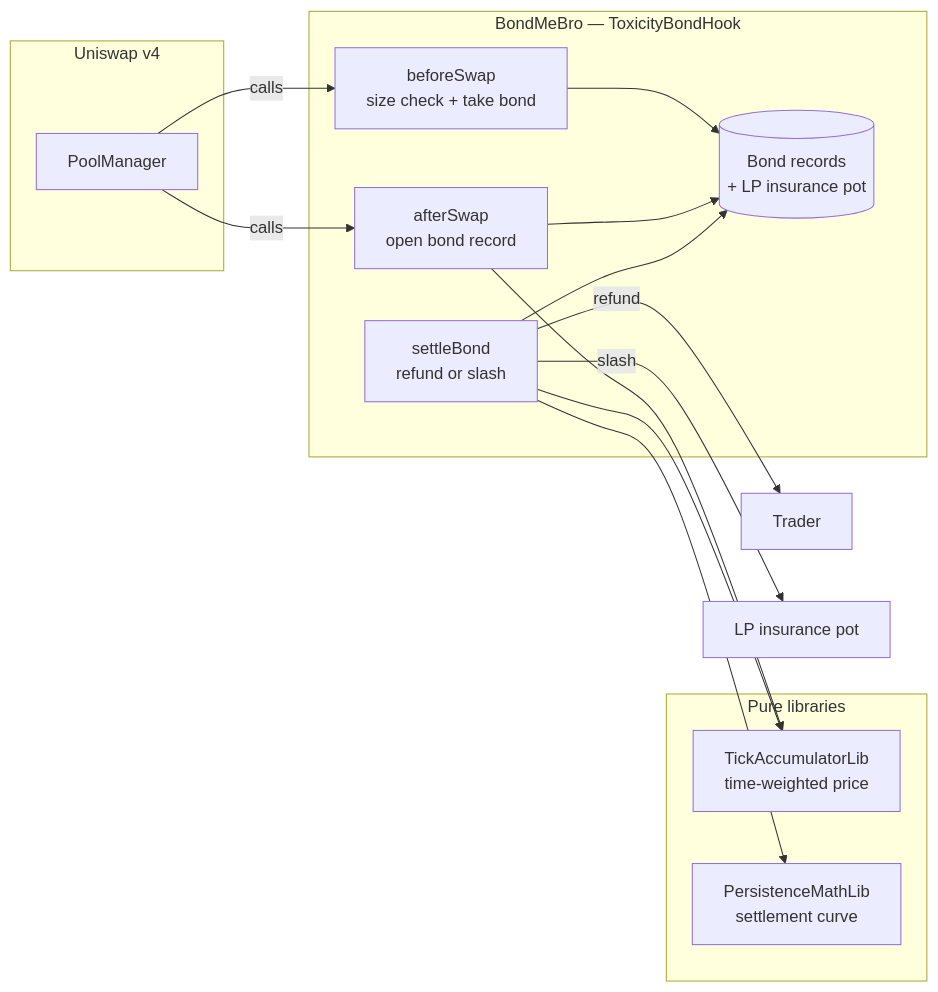
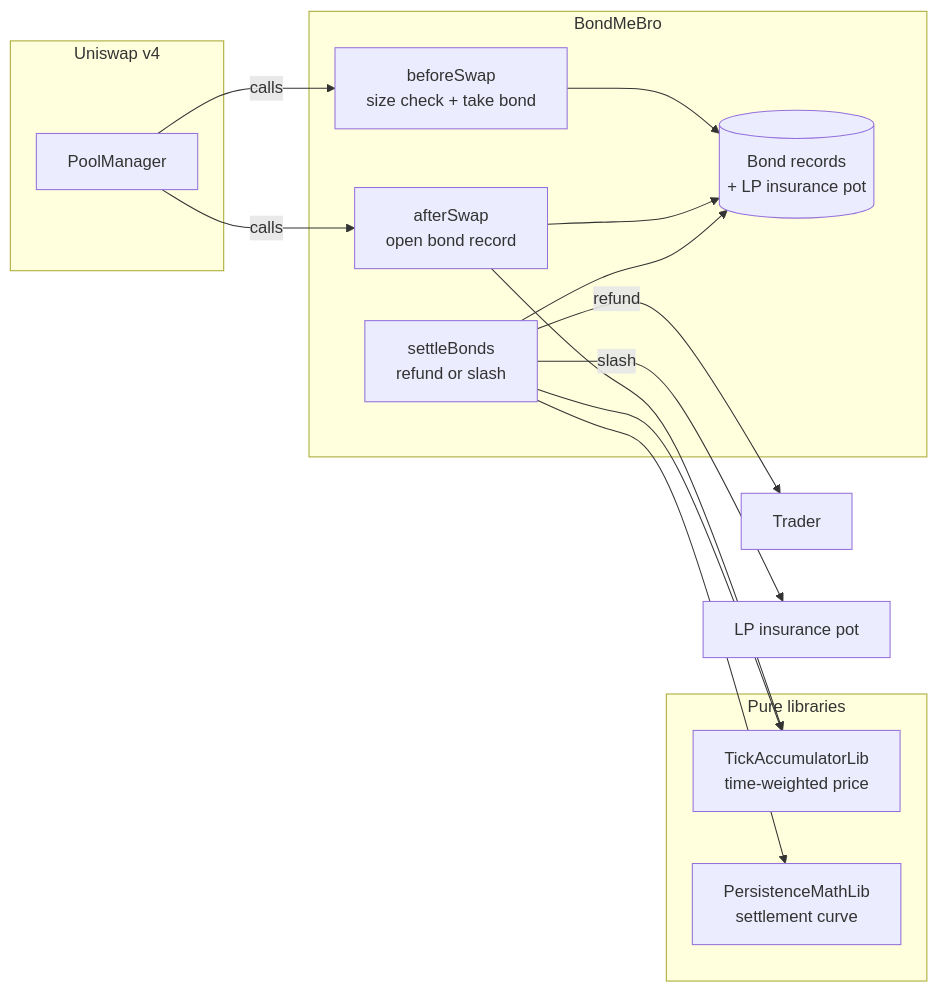
The second of 2 diagrams in README.md (Maheshsiddu29/BondMeBro), drawn with Mermaid before and after one commit. The commit also changed other lines of this file and 14 other files, not shown here.

````diff
--- a/README.md
+++ b/README.md
@@ -81,29 +81,29 @@
 ```mermaid
 flowchart LR
     subgraph Uniswap["Uniswap v4"]
         PM[PoolManager]
     end
 
-    subgraph Hook["BondMeBro — ToxicityBondHook"]
+    subgraph Hook["BondMeBro"]
         BS[beforeSwap<br/>size check + take bond]
         AS[afterSwap<br/>open bond record]
-        SB[settleBond<br/>refund or slash]
+        SB[settleBonds<br/>refund or slash]
         ST[(Bond records<br/>+ LP insurance pot)]
     end
 
     subgraph Libs["Pure libraries"]
         TAL[TickAccumulatorLib<br/>time-weighted price]
         PML[PersistenceMathLib<br/>settlement curve]
     end
 
     PM -->|calls| BS
     PM -->|calls| AS
     BS --> ST
     AS --> ST
     AS --> TAL
     SB --> ST
     SB --> TAL
     SB --> PML
     SB -->|refund| Trader
     SB -->|slash| LPs[LP insurance pot]
 ```
````
